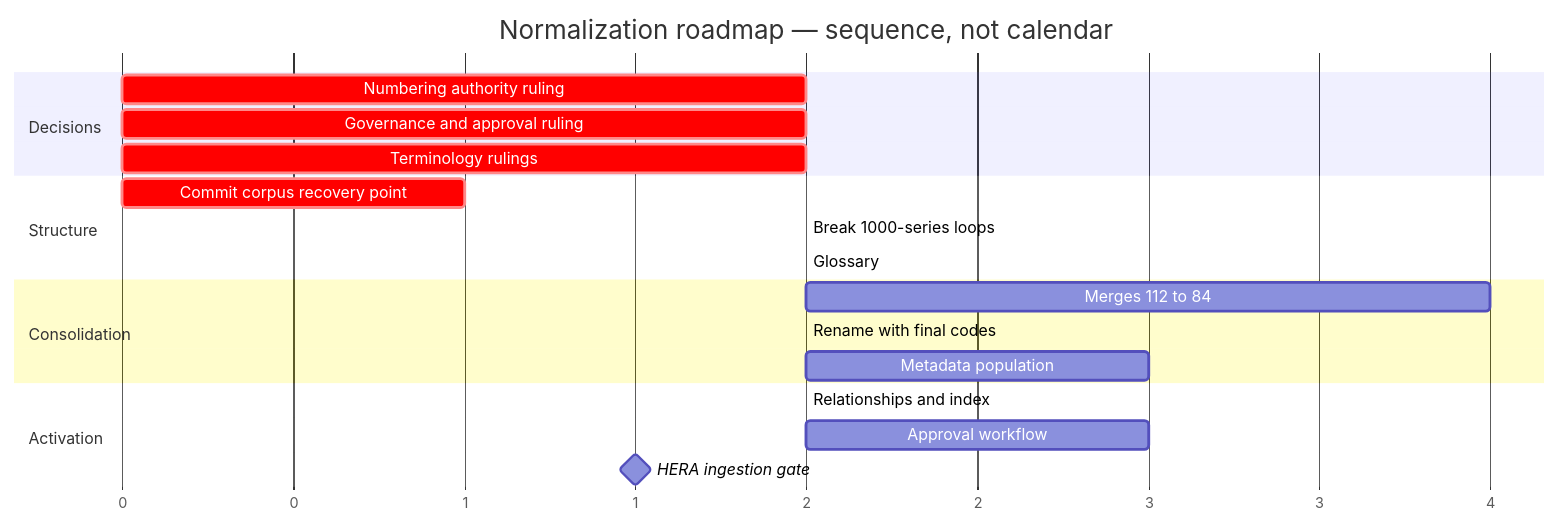
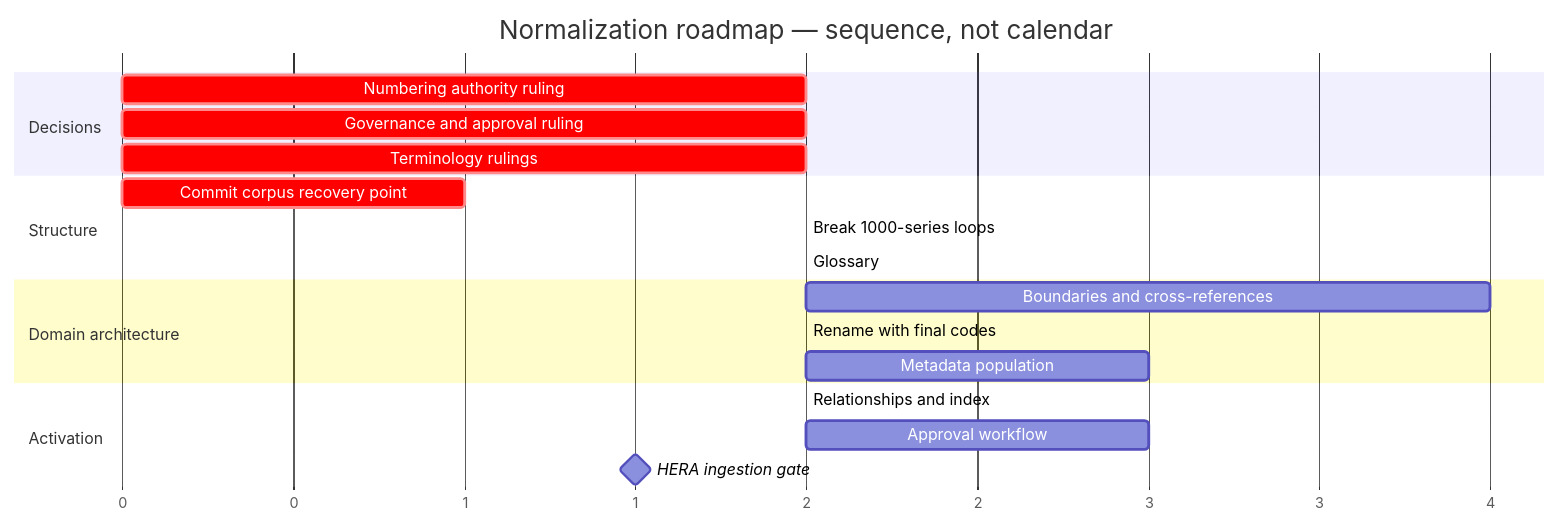
One commit to ercotan/alborada-foundation changed the fifth of 5 diagrams in DOCUMENTATION_NORMALIZATION_PLAN.md. Above: the diagram before and after it, drawn with Mermaid. The commit also changed other lines of this file, not shown here.

First line of the commit message:
docs: replace Stage 4 merge strategy with Domain Architecture

````diff
--- a/DOCUMENTATION_NORMALIZATION_PLAN.md
+++ b/DOCUMENTATION_NORMALIZATION_PLAN.md
@@ -629,26 +730,26 @@
 ```mermaid
 gantt
     title Normalization roadmap — sequence, not calendar
     dateFormat X
     axisFormat %s
 
     section Decisions
     Numbering authority ruling        :crit, d1, 0, 2
     Governance and approval ruling    :crit, d2, 0, 2
     Terminology rulings               :crit, d3, 0, 2
 
     section Structure
     Commit corpus recovery point      :crit, s0, 0, 1
     Break 1000-series loops           :s1, after d1, 2
     Glossary                          :s2, after d3, 2
 
-    section Consolidation
-    Merges 112 to 84                  :m1, after s2, 4
+    section Domain architecture
+    Boundaries and cross-references   :m1, after s2, 4
     Rename with final codes           :m2, after m1, 2
     Metadata population               :m3, after m2, 3
 
     section Activation
     Relationships and index           :a1, after m3, 2
     Approval workflow                 :a2, after a1, 3
     HERA ingestion gate               :milestone, after a2, 0
 ```
````
